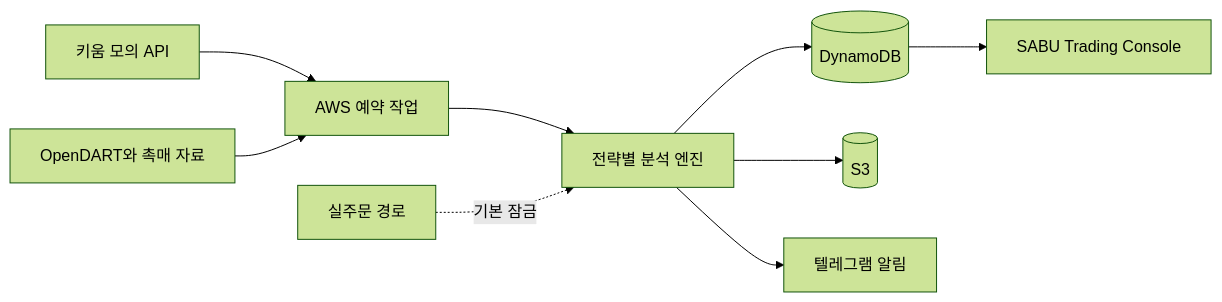
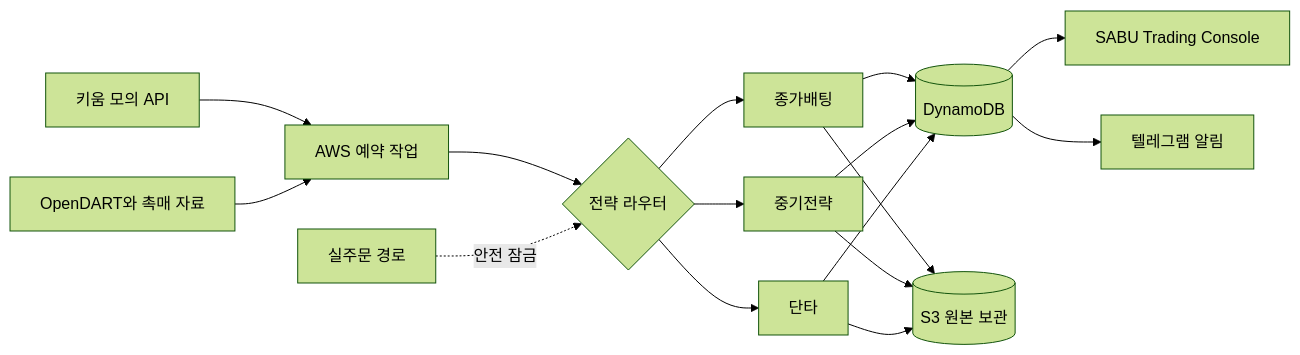
One commit to azsu3598/auto changed the second of 2 diagrams in README.md. Above: the diagram before and after it, drawn with Mermaid (forest theme). The commit also changed other lines of this file and 3 other files, not shown here.

````diff
--- a/README.md
+++ b/README.md
@@ -39,11 +78,18 @@
 ```mermaid
 flowchart LR
     K[키움 모의 API] --> W[AWS 예약 작업]
     D[OpenDART와 촉매 자료] --> W
-    W --> S[전략별 분석 엔진]
-    S --> DB[(DynamoDB)]
-    S --> B[(S3)]
+    W --> S{전략 라우터}
+    S --> C[종가배팅]
+    S --> M[중기전략]
+    S --> T[단타]
+    C --> DB[(DynamoDB)]
+    M --> DB
+    T --> DB
+    C --> B[(S3 원본 보관)]
+    M --> B
+    T --> B
     DB --> UI[SABU Trading Console]
-    S --> T[텔레그램 알림]
-    L[실주문 경로] -. 기본 잠금 .-> S
+    DB --> N[텔레그램 알림]
+    L[실주문 경로] -. 안전 잠금 .-> S
 ```
````
